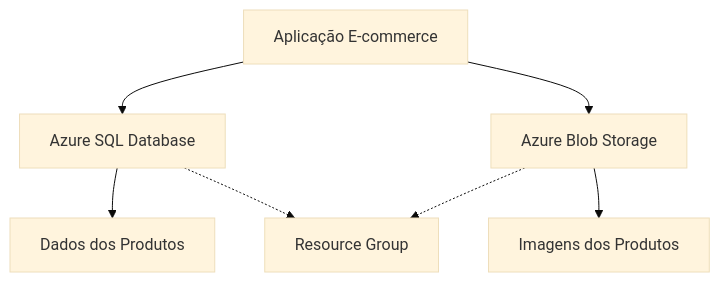
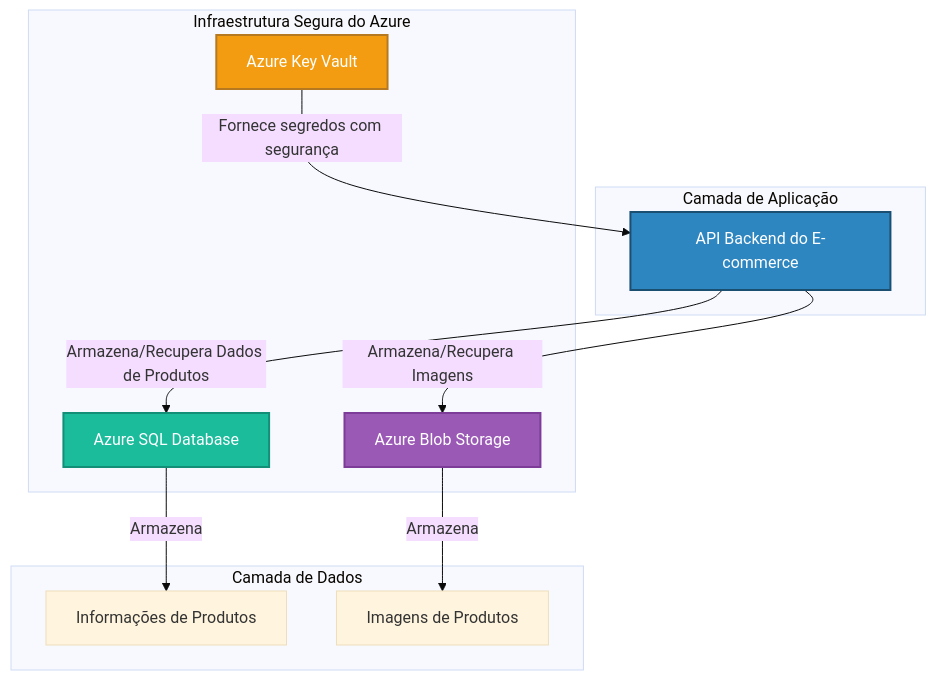
Before and after one commit to galafis/Armazenando-dados-de-um-E-Commerce-na-Cloud: the second of 2 diagrams in README.md, drawn with Mermaid (base theme). The commit also changed other lines of this file and 8 other files, not shown here.

First line of the commit message:
feat: Complete Azure cloud e-commerce system with enterprise architecture

````diff
--- a/README.md
+++ b/README.md
@@ -16,9 +139,22 @@
 ```mermaid
 graph TD
-    A[Aplicação E-commerce] --> B[Azure SQL Database]
-    A --> C[Azure Blob Storage]
-    B --> D[Dados dos Produtos]
-    C --> E[Imagens dos Produtos]
-    B -.-> F[Resource Group]
-    C -.-> F
+    subgraph "Camada de Aplicação"
+        A[API Backend do E-commerce] 
+    end
+
+    subgraph "Infraestrutura Segura do Azure"
+        B[Azure Key Vault] -- Fornece segredos com segurança --> A
+        A -- Armazena/Recupera Dados de Produtos --> C[Azure SQL Database]
+        A -- Armazena/Recupera Imagens --> D[Azure Blob Storage]
+    end
+
+    subgraph "Camada de Dados"
+        C -- Armazena --> E[Informações de Produtos]
+        D -- Armazena --> F[Imagens de Produtos]
+    end
+
+    style A fill:#2E86C1,stroke:#1B4F72,stroke-width:2px,color:#fff
+    style B fill:#F39C12,stroke:#B7791F,stroke-width:2px,color:#fff
+    style C fill:#1ABC9C,stroke:#148F77,stroke-width:2px,color:#fff
+    style D fill:#9B59B6,stroke:#7D3C98,stroke-width:2px,color:#fff
 ```
````
